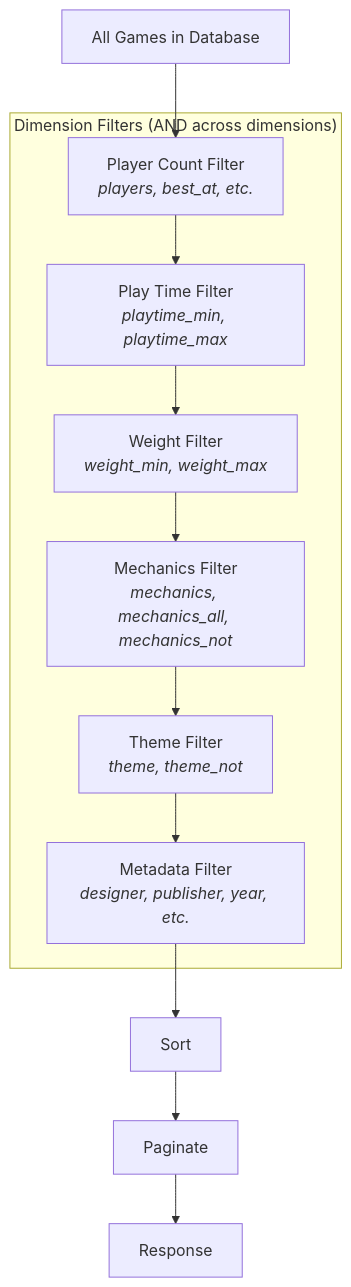
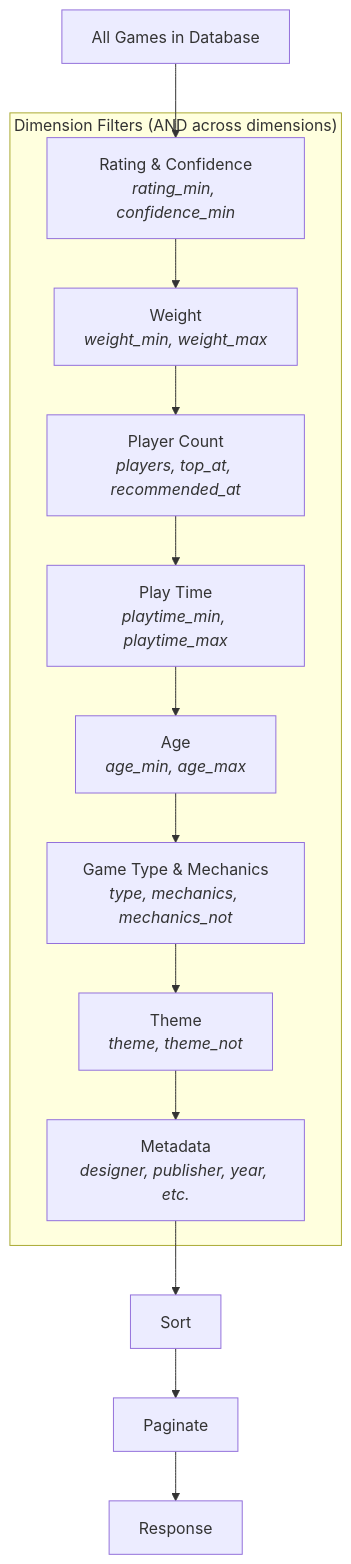
The diagram in docs/src/pillars/filtering/composition.md (tabletop-commons/OpenTabletop), drawn with Mermaid before and after one commit. The commit also changed other lines of this file and 100 other files, not shown here.

````diff
--- a/docs/src/pillars/filtering/composition.md
+++ b/docs/src/pillars/filtering/composition.md
@@ -11,27 +11,31 @@
 ```mermaid
 flowchart TD
     ALL["All Games in Database"]
 
     subgraph "Dimension Filters (AND across dimensions)"
-        PC["Player Count Filter<br/><i>players, best_at, etc.</i>"]
-        PT["Play Time Filter<br/><i>playtime_min, playtime_max</i>"]
-        W["Weight Filter<br/><i>weight_min, weight_max</i>"]
-        M["Mechanics Filter<br/><i>mechanics, mechanics_all, mechanics_not</i>"]
-        TH["Theme Filter<br/><i>theme, theme_not</i>"]
-        MD["Metadata Filter<br/><i>designer, publisher, year, etc.</i>"]
+        RC["Rating & Confidence<br/><i>rating_min, confidence_min</i>"]
+        W["Weight<br/><i>weight_min, weight_max</i>"]
+        PC["Player Count<br/><i>players, top_at, recommended_at</i>"]
+        PT["Play Time<br/><i>playtime_min, playtime_max</i>"]
+        AG["Age<br/><i>age_min, age_max</i>"]
+        TM["Game Type & Mechanics<br/><i>type, mechanics, mechanics_not</i>"]
+        TH["Theme<br/><i>theme, theme_not</i>"]
+        MD["Metadata<br/><i>designer, publisher, year, etc.</i>"]
     end
 
     SORT["Sort"]
     PAGE["Paginate"]
     OUT["Response"]
 
-    ALL --> PC
+    ALL --> RC
+    RC --> W
+    W --> PC
     PC --> PT
-    PT --> W
-    W --> M
-    M --> TH
+    PT --> AG
+    AG --> TM
+    TM --> TH
     TH --> MD
     MD --> SORT
     SORT --> PAGE
     PAGE --> OUT
 ```
````
